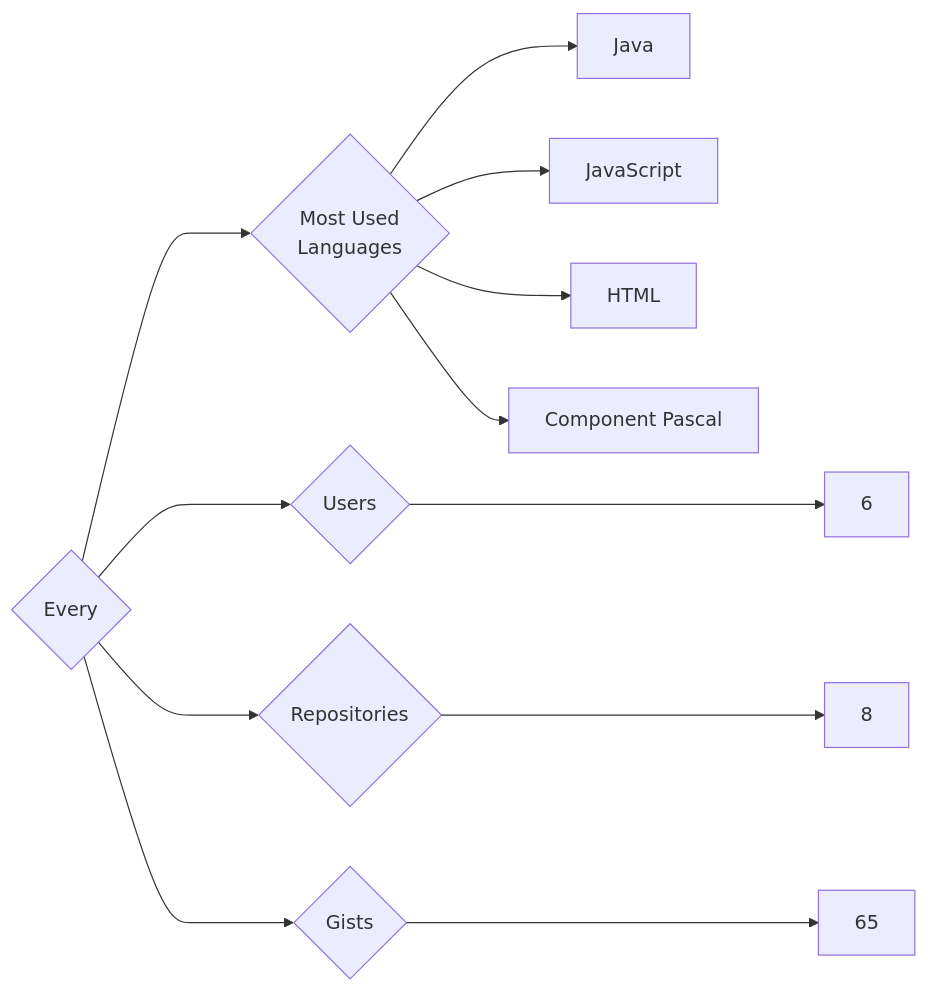
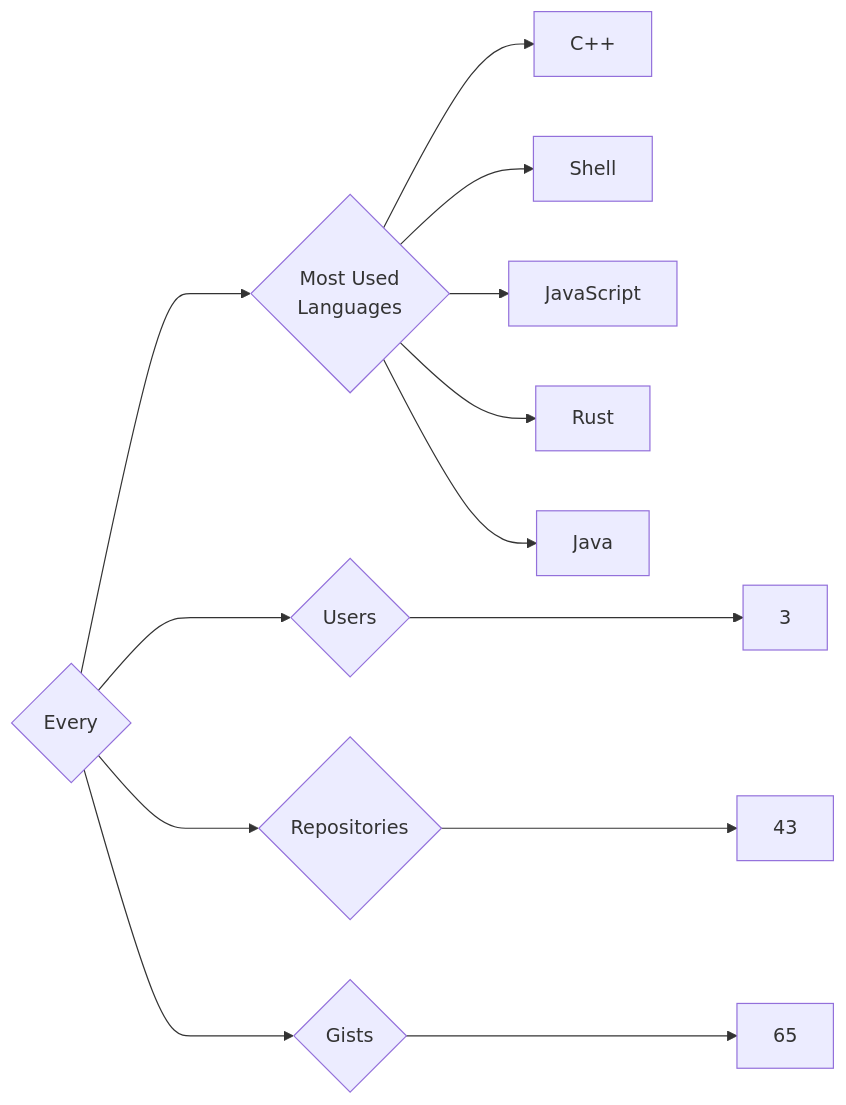
The diagram in targets/Every/README.md (trickest/insiders), drawn with Mermaid before and after one commit. The commit also changed 953 other files, not shown here.

````diff
--- a/targets/Every/README.md
+++ b/targets/Every/README.md
@@ -3,12 +3,13 @@
 ```mermaid
 graph LR
 COMPANY_NAME{Every}
-COMPANY_NAME ---> U{Users} ---> UN[6]
-COMPANY_NAME ---> R{Repositories} ---> RN[8]
+COMPANY_NAME ---> U{Users} ---> UN[3]
+COMPANY_NAME ---> R{Repositories} ---> RN[43]
 COMPANY_NAME ---> G{Gists} ---> GN[65]
 COMPANY_NAME ---> ML{Most Used<br>Languages}
+ML --> C++[C++]
+ML --> Shell[Shell]
+ML --> JavaScript[JavaScript]
+ML --> Rust[Rust]
 ML --> Java[Java]
-ML --> JavaScript[JavaScript]
-ML --> HTML[HTML]
-ML --> Component_Pascal[Component Pascal]
 ```
````
